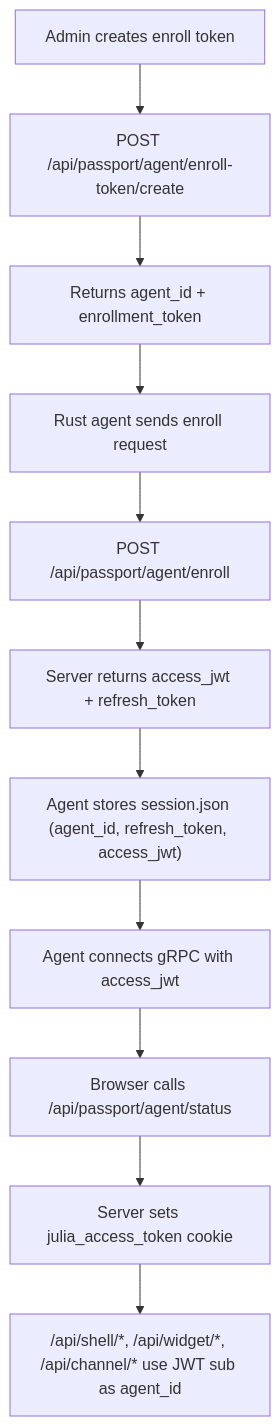
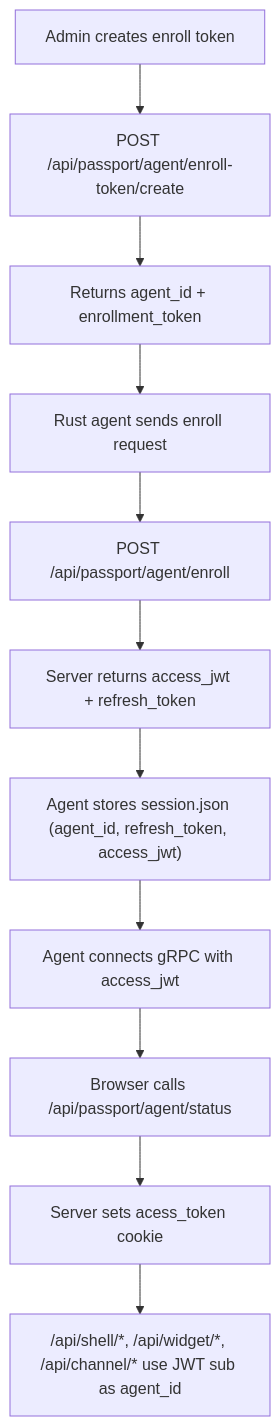
Before and after one commit to kubefox-bot/julia-shell: the diagram in apps/server/src/domains/passport/docs/README.md, drawn with Mermaid. The commit also changed other lines of this file and 21 other files, not shown here.

````diff
--- a/apps/server/src/domains/passport/docs/README.md
+++ b/apps/server/src/domains/passport/docs/README.md
@@ -15,13 +15,13 @@
 ```mermaid
 flowchart TD
   A["Admin creates enroll token"] --> B["POST /api/passport/agent/enroll-token/create"]
   B --> C["Returns agent_id + enrollment_token"]
   C --> D["Rust agent sends enroll request"]
   D --> E["POST /api/passport/agent/enroll"]
   E --> F["Server returns access_jwt + refresh_token"]
   F --> G["Agent stores session.json (agent_id, refresh_token, access_jwt)"]
   G --> H["Agent connects gRPC with access_jwt"]
   H --> I["Browser calls /api/passport/agent/status"]
-  I --> J["Server sets julia_access_token cookie"]
+  I --> J["Server sets acess_token cookie"]
   J --> K["/api/shell/*, /api/widget/*, /api/channel/* use JWT sub as agent_id"]
 ```
````
